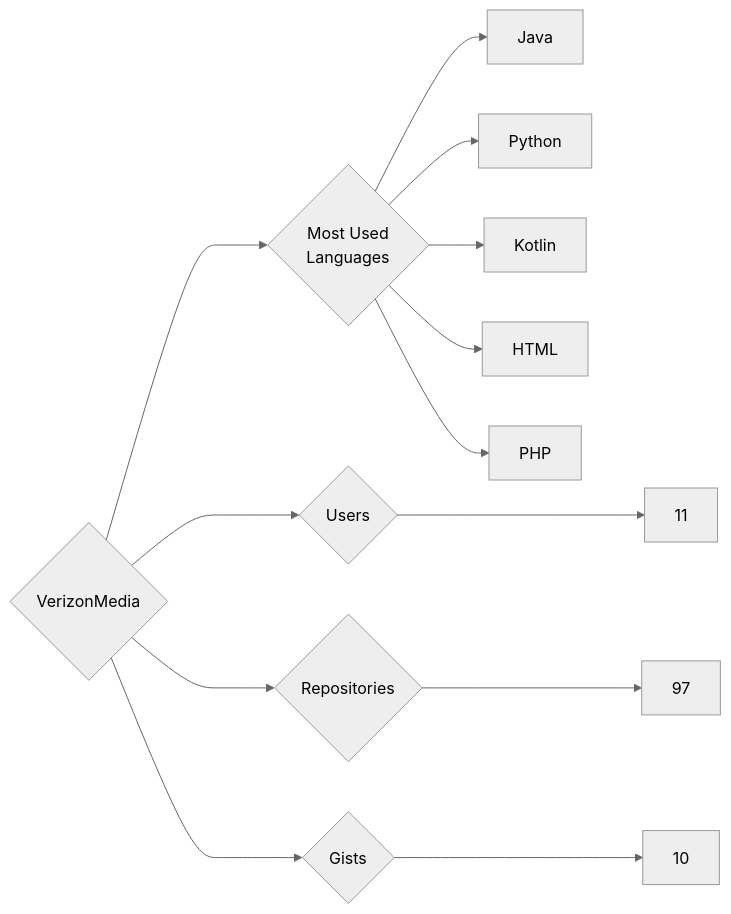
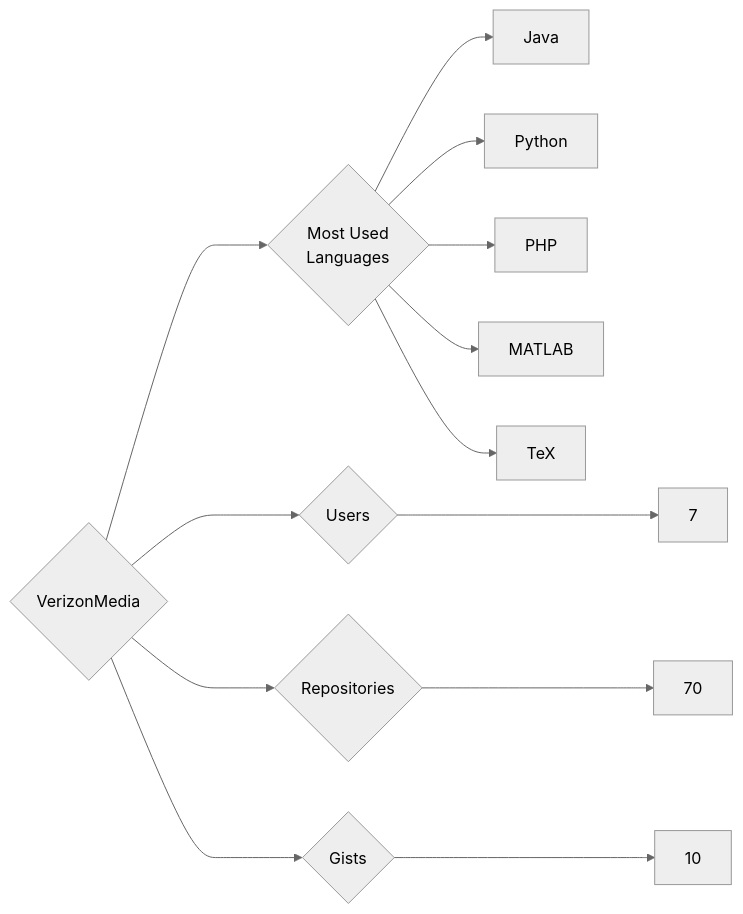
Before and after one commit to trickest/insiders: the diagram in targets/VerizonMedia/README.md, drawn with Mermaid (neutral theme). The commit also changed 1389 other files, not shown here.

````diff
--- a/targets/VerizonMedia/README.md
+++ b/targets/VerizonMedia/README.md
@@ -3,13 +3,13 @@
 ```mermaid
 graph LR
 COMPANY_NAME{VerizonMedia}
-COMPANY_NAME ---> U{Users} ---> UN[11]
-COMPANY_NAME ---> R{Repositories} ---> RN[97]
+COMPANY_NAME ---> U{Users} ---> UN[7]
+COMPANY_NAME ---> R{Repositories} ---> RN[70]
 COMPANY_NAME ---> G{Gists} ---> GN[10]
 COMPANY_NAME ---> ML{Most Used<br>Languages}
 ML --> Java[Java]
 ML --> Python[Python]
-ML --> Kotlin[Kotlin]
-ML --> HTML[HTML]
 ML --> PHP[PHP]
+ML --> MATLAB[MATLAB]
+ML --> TeX[TeX]
 ```
````
